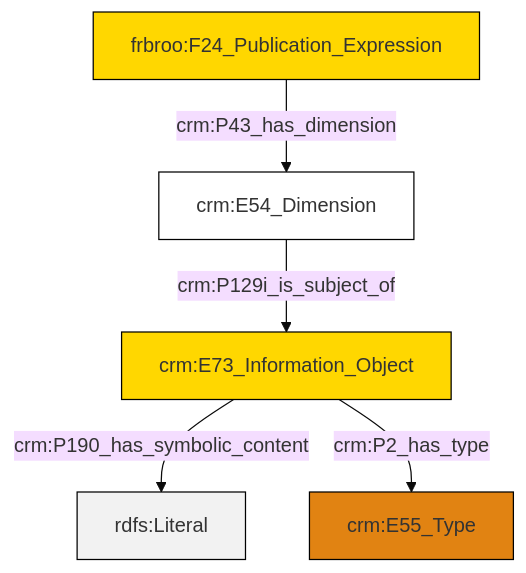
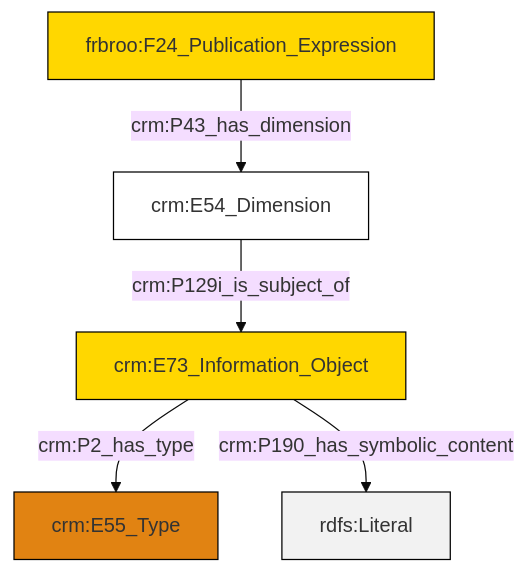
One commit to swiss-art-research-net/docs.swissartresearch changed the diagram in et/biblioCSV/ttl/mmd/biblio_substance.ttl.mmd. Above: the diagram before and after it, drawn with Mermaid (base theme). The commit also changed 174 other files, not shown here.

```diff
--- a/et/biblioCSV/ttl/mmd/biblio_substance.ttl.mmd
+++ b/et/biblioCSV/ttl/mmd/biblio_substance.ttl.mmd
@@ -1,19 +1,19 @@
 graph TD
 classDef Literal fill:#f2f2f2,stroke:#000000;
 classDef CRM_Entity fill:#FFFFFF,stroke:#000000;
 classDef Temporal_Entity fill:#00C9E6, stroke:#000000;
 classDef Type fill:#E18312, stroke:#000000;
 classDef Time-Span fill:#2C9C91, stroke:#000000;
 classDef Appellation fill:#FFEB7F, stroke:#000000;
 classDef Place fill:#008836, stroke:#000000;
 classDef Persistent_Item fill:#B266B2, stroke:#000000;
 classDef Conceptual_Object fill:#FFD700, stroke:#000000;
 classDef Physical_Thing fill:#D2B48C, stroke:#000000;
 classDef Actor fill:#f58aad, stroke:#000000;
 classDef PC_Classes fill:#4ce600, stroke:#000000;
 classDef Multi fill:#cccccc,stroke:#000000;
 
-2["crm:E73_Information_Object"]:::Conceptual_Object -->|crm:P190_has_symbolic_content| 3[rdfs:Literal]:::Literal
-2["crm:E73_Information_Object"]:::Conceptual_Object -->|crm:P2_has_type| 0["crm:E55_Type"]:::Type
-4["frbroo:F24_Publication_Expression"]:::Conceptual_Object -->|crm:P43_has_dimension| 5["crm:E54_Dimension"]:::CRM_Entity
-5["crm:E54_Dimension"]:::CRM_Entity -->|crm:P129i_is_subject_of| 2["crm:E73_Information_Object"]:::Conceptual_Object
+0["frbroo:F24_Publication_Expression"]:::Conceptual_Object -->|crm:P43_has_dimension| 2["crm:E54_Dimension"]:::CRM_Entity
+6["crm:E73_Information_Object"]:::Conceptual_Object -->|crm:P2_has_type| 4["crm:E55_Type"]:::Type
+2["crm:E54_Dimension"]:::CRM_Entity -->|crm:P129i_is_subject_of| 6["crm:E73_Information_Object"]:::Conceptual_Object
+6["crm:E73_Information_Object"]:::Conceptual_Object -->|crm:P190_has_symbolic_content| 8[rdfs:Literal]:::Literal
```
